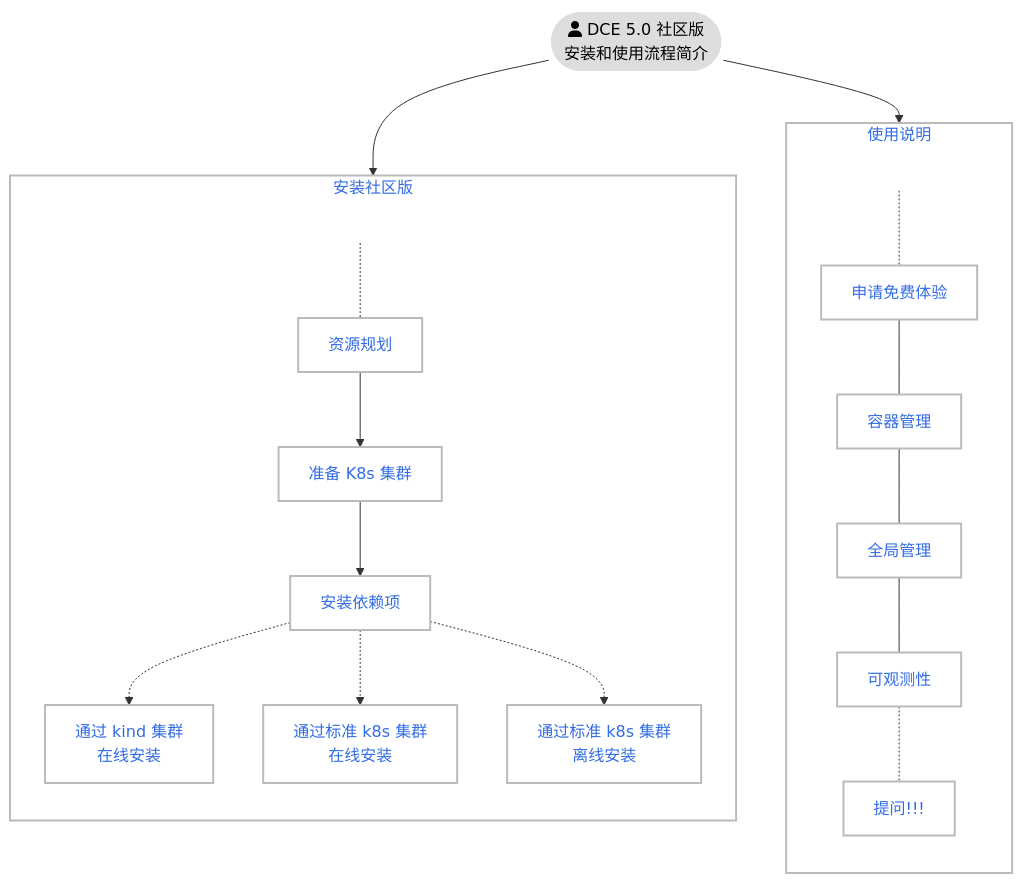
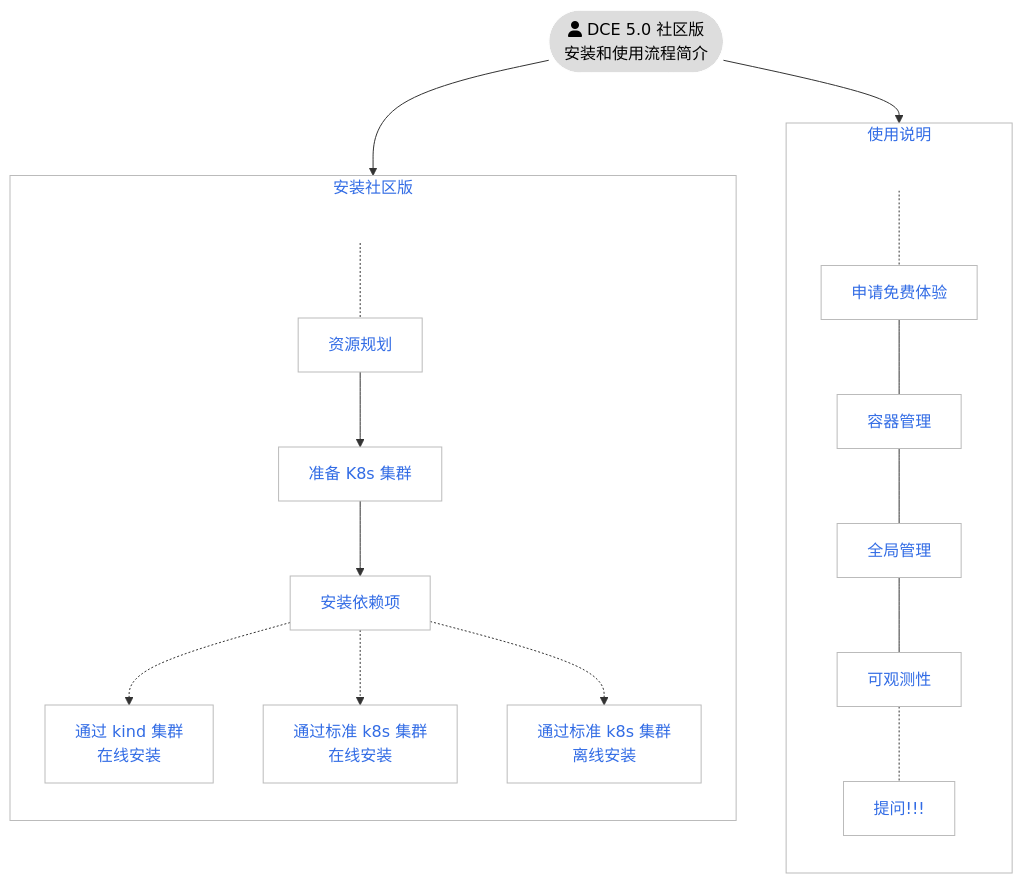
The first of 2 diagrams in docs/zh/docs/install/intro.md (DaoCloud/DaoCloud-docs), drawn with Mermaid before and after one commit. The commit also changed other lines of this file, not shown here.

Commit message:
updated install mermaid

````diff
--- a/docs/zh/docs/install/intro.md
+++ b/docs/zh/docs/install/intro.md
@@ -17,49 +17,49 @@
 ```mermaid
 flowchart TB
 
 subgraph second[使用说明]
     direction TB
     U[ ] -.-
     free[申请免费体验] --- kpanda[容器管理]
     kpanda --- ghippo[全局管理]
     ghippo --- insight[可观测性]
     insight -.- ask[提问!!!]
 end
 
 subgraph first[安装社区版]
     direction TB
     S[ ] -.-
     plan[资源规划] --> k8s[准备 K8s 集群] 
     k8s --> tools[安装依赖项]
     tools -.-> kind[通过 kind 集群<br>在线安装]
     tools -.-> s1[通过标准 k8s 集群<br>在线安装]
     tools -.-> s2[通过标准 k8s 集群<br>离线安装]
 end
 
 start([fa:fa-user DCE 5.0 社区版<br>安装和使用流程简介]) --> first
 start --> second
 
 classDef grey fill:#dddddd,stroke:#ffffff,stroke-width:px,color:#000000, font-size:15px;
 classDef white fill:#ffffff,stroke:#000,stroke-width:px,color:#000,font-weight:bold
 classDef spacewhite fill:#ffffff,stroke:#fff,stroke-width:0px,color:#000
-classDef plain fill:#ddd,stroke:#fff,stroke-width:4px,color:#000;
-classDef k8s fill:#326ce5,stroke:#fff,stroke-width:4px,color:#fff;
-classDef cluster fill:#fff,stroke:#bbb,stroke-width:2px,color:#326ce5;
+classDef plain fill:#ddd,stroke:#fff,stroke-width:1px,color:#000;
+classDef k8s fill:#326ce5,stroke:#fff,stroke-width:1px,color:#fff;
+classDef cluster fill:#fff,stroke:#bbb,stroke-width:1px,color:#326ce5;
 
 class plan,k8s,tools,kind,s1,s2,kpanda,ghippo,insight,free,ask cluster;
 class start plain
 class S,U spacewhite
 
 click plan "https://docs.daocloud.io/install/community/resources/"
 click k8s "https://docs.daocloud.io/install/community/kind/online/#kind"
 click tools "https://docs.daocloud.io/install/install-tools/"
 click kind "https://docs.daocloud.io/install/community/kind/online/"
 click s1 "https://docs.daocloud.io/install/community/k8s/online/"
 click s2 "https://docs.daocloud.io/install/community/k8s/offline/"
 
 click kpanda "https://docs.daocloud.io/kpanda/03ProductBrief/WhatisKPanda/"
 click ghippo "https://docs.daocloud.io/ghippo/01ProductBrief/WhatisGhippo/"
 click insight "https://docs.daocloud.io/insight/03ProductBrief/WhatisInsight/"
 click free "https://docs.daocloud.io/dce/license0/"
 click ask "https://docs.daocloud.io/download/dce5/#_3"
 ```
````
